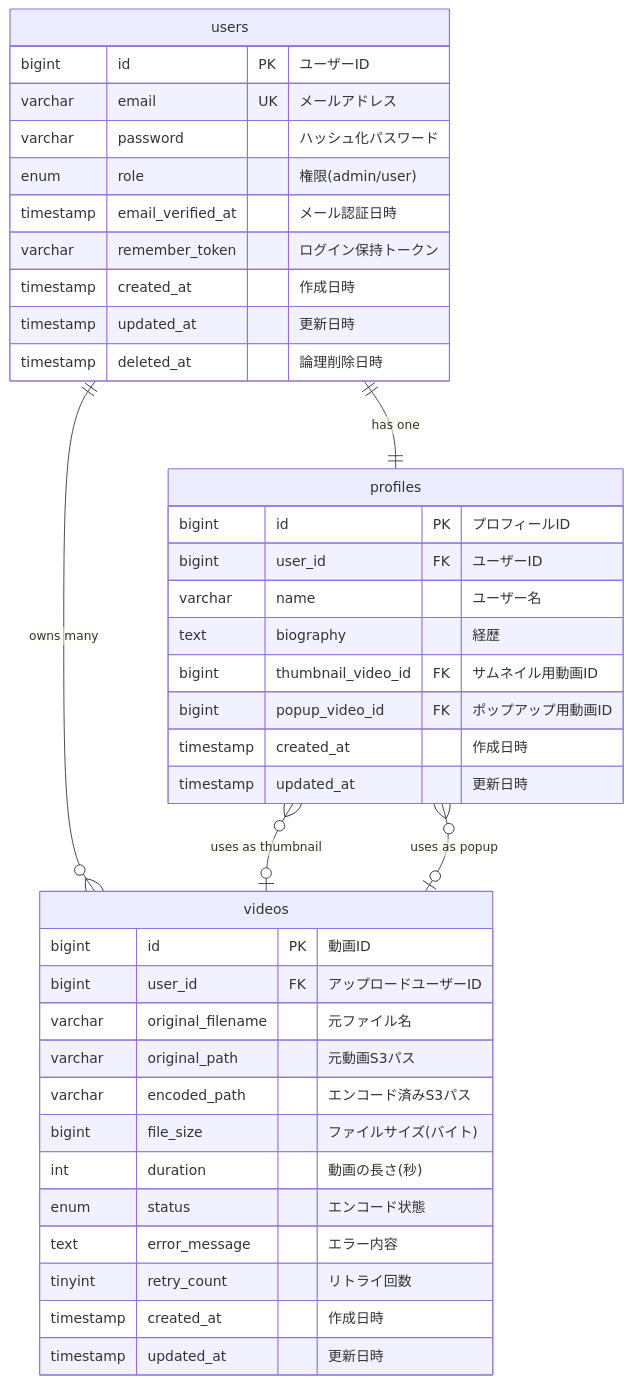
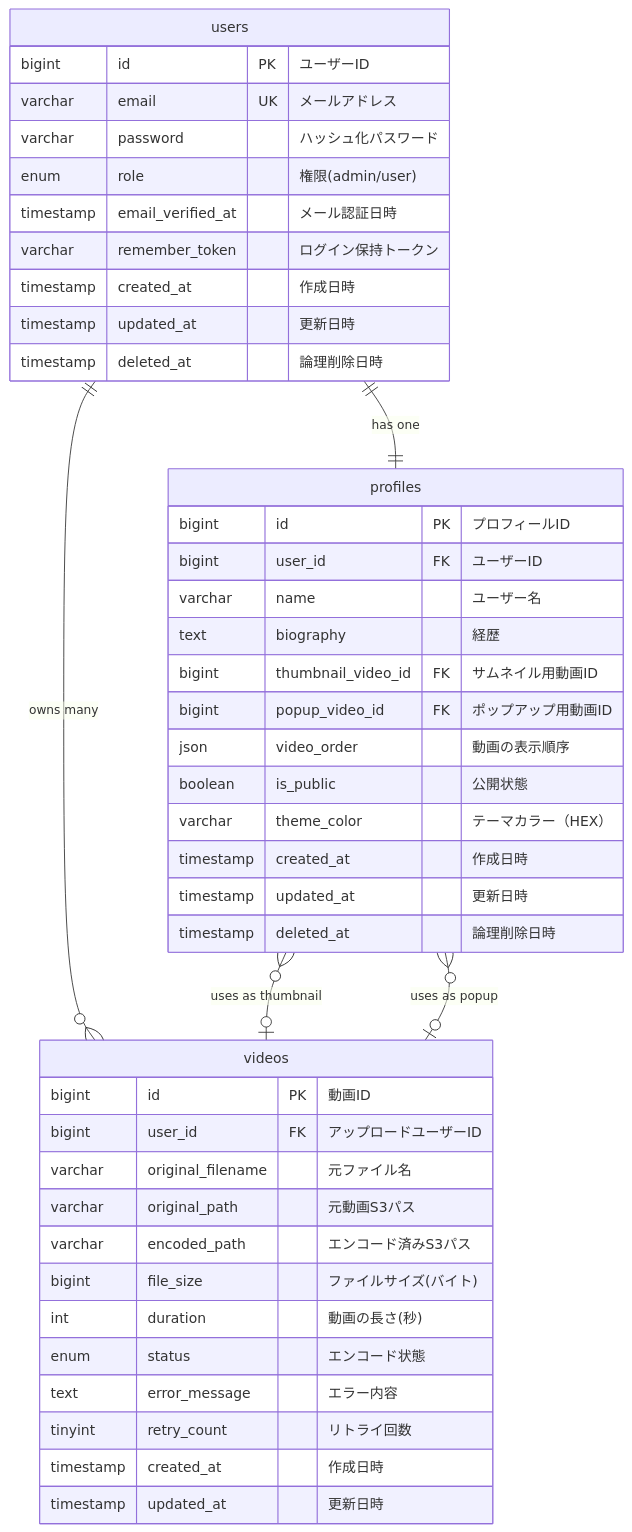
Before and after one commit to tetsu2026/movie-profile: the diagram in docs/design-docs/09_er.md, drawn with Mermaid. The commit also changed other lines of this file and 2 other files, not shown here.

First line of the commit message:
docs: 設計書をベントーグリッドデザイン・テーマカラー・フルカード展開に対応して更新

````diff
--- a/docs/design-docs/09_er.md
+++ b/docs/design-docs/09_er.md
@@ -5,45 +5,49 @@
 ```mermaid
 erDiagram
     users ||--|| profiles : "has one"
     users ||--o{ videos : "owns many"
     profiles }o--o| videos : "uses as thumbnail"
     profiles }o--o| videos : "uses as popup"
 
     users {
         bigint id PK "ユーザーID"
         varchar email UK "メールアドレス"
         varchar password "ハッシュ化パスワード"
         enum role "権限(admin/user)"
         timestamp email_verified_at "メール認証日時"
         varchar remember_token "ログイン保持トークン"
         timestamp created_at "作成日時"
         timestamp updated_at "更新日時"
         timestamp deleted_at "論理削除日時"
     }
 
     profiles {
         bigint id PK "プロフィールID"
         bigint user_id FK "ユーザーID"
         varchar name "ユーザー名"
         text biography "経歴"
         bigint thumbnail_video_id FK "サムネイル用動画ID"
         bigint popup_video_id FK "ポップアップ用動画ID"
+        json video_order "動画の表示順序"
+        boolean is_public "公開状態"
+        varchar theme_color "テーマカラー（HEX）"
         timestamp created_at "作成日時"
         timestamp updated_at "更新日時"
+        timestamp deleted_at "論理削除日時"
     }
 
     videos {
         bigint id PK "動画ID"
         bigint user_id FK "アップロードユーザーID"
         varchar original_filename "元ファイル名"
         varchar original_path "元動画S3パス"
         varchar encoded_path "エンコード済みS3パス"
         bigint file_size "ファイルサイズ(バイト)"
         int duration "動画の長さ(秒)"
         enum status "エンコード状態"
         text error_message "エラー内容"
         tinyint retry_count "リトライ回数"
         timestamp created_at "作成日時"
         timestamp updated_at "更新日時"
     }
 ```
````
